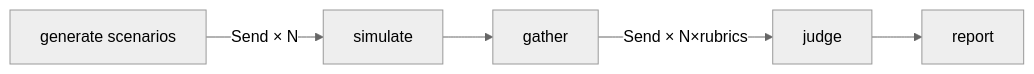
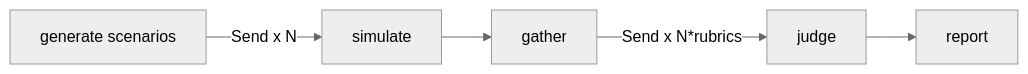
The diagram in README.md (chokonaira/reddial), drawn with Mermaid (neutral theme) before and after one commit. The commit also changed other lines of this file, not shown here.

````diff
--- a/README.md
+++ b/README.md
@@ -49,7 +38,7 @@
 ```mermaid
 graph LR
-    A[generate scenarios] -->|Send × N| B[simulate]
+    A[generate scenarios] -->|Send x N| B[simulate]
     B --> C[gather]
-    C -->|Send × N×rubrics| D[judge]
+    C -->|Send x N*rubrics| D[judge]
     D --> E[report]
 ```
````
